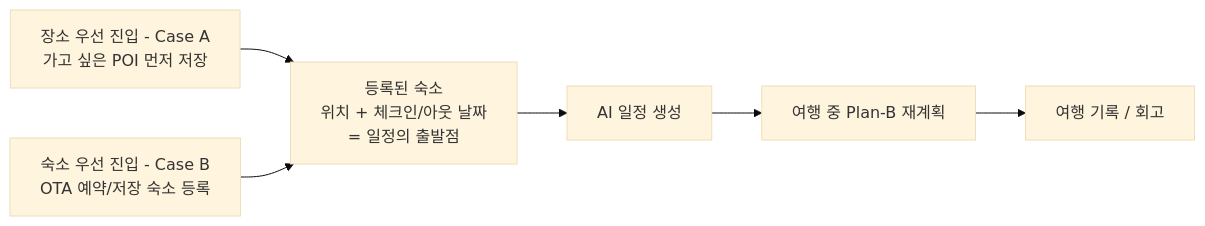
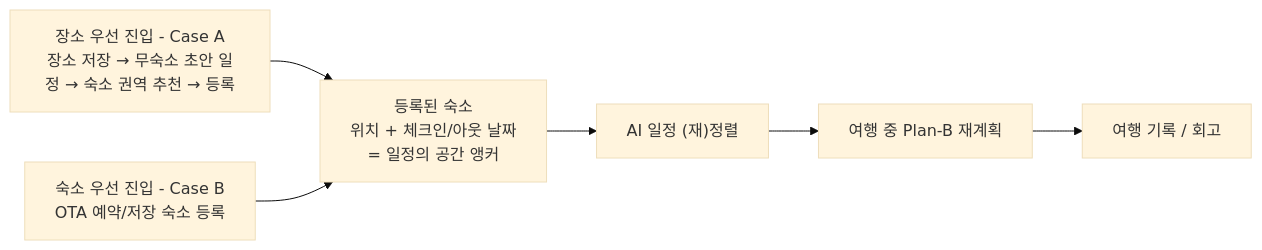
One commit to ASM-TripPilot/.github changed the diagram in docs/planning/overview.md. Above: the diagram before and after it, drawn with Mermaid (base theme). The commit also changed other lines of this file and 16 other files, not shown here.

````diff
--- a/docs/planning/overview.md
+++ b/docs/planning/overview.md
@@ -32,8 +32,8 @@
 ```mermaid
 flowchart LR
-    A["장소 우선 진입 - Case A<br/>가고 싶은 POI 먼저 저장"] --> C
+    A["장소 우선 진입 - Case A<br/>장소 저장 → 무숙소 초안 일정 → 숙소 권역 추천 → 등록"] --> C
     B["숙소 우선 진입 - Case B<br/>OTA 예약/저장 숙소 등록"] --> C
-    C["등록된 숙소<br/>위치 + 체크인/아웃 날짜<br/>= 일정의 출발점"] --> D["AI 일정 생성"]
+    C["등록된 숙소<br/>위치 + 체크인/아웃 날짜<br/>= 일정의 공간 앵커"] --> D["AI 일정 (재)정렬"]
     D --> E["여행 중 Plan-B 재계획"]
     E --> F["여행 기록 / 회고"]
 ```
````
